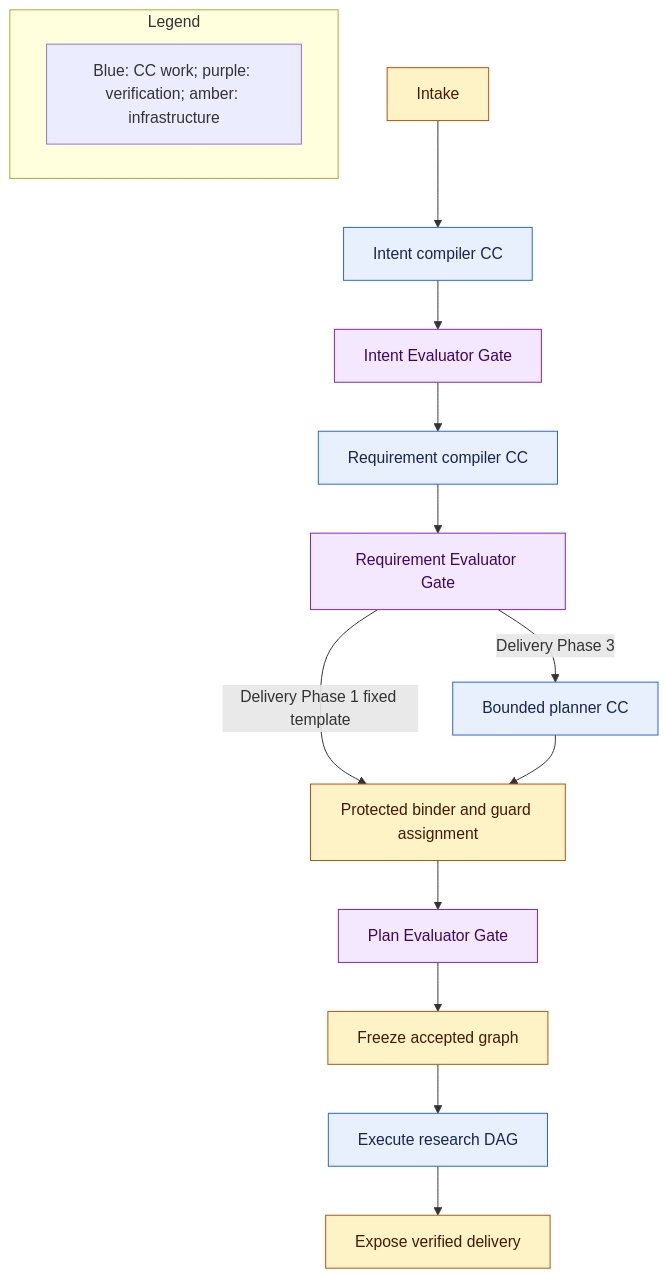
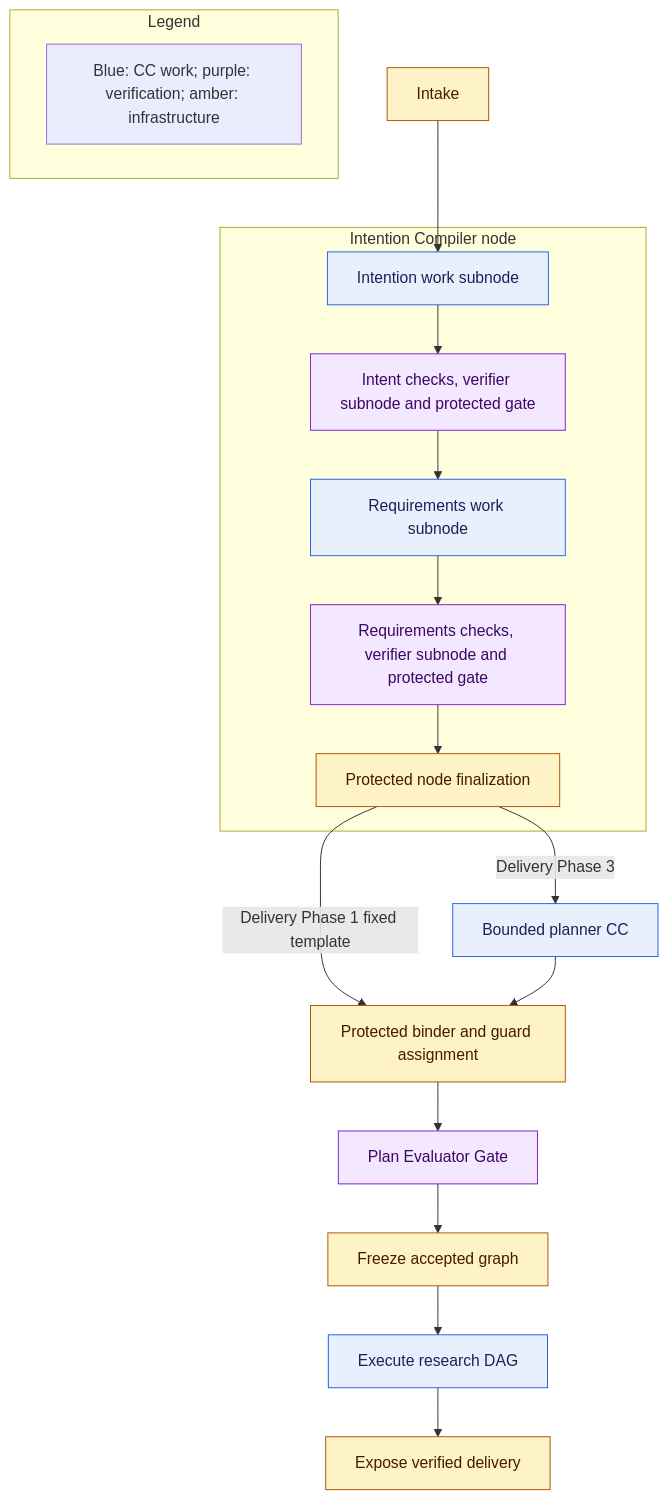
Before and after one commit to Stellven/jiuwenswarm: the first of 2 diagrams in docs/architecture/design-package/workflow.md, drawn with Mermaid. The commit also changed other lines of this file and 285 other files, not shown here.

Commit message:
docs: complete Intention Compiler design in full and compact packages

````diff
--- a/docs/architecture/design-package/workflow.md
+++ b/docs/architecture/design-package/workflow.md
@@ -11,23 +11,27 @@
 ```mermaid
 flowchart TB
-    Intake[Intake] --> Intent[Intent compiler CC]
-    Intent --> IV[Intent Evaluator Gate]
-    IV --> Req[Requirement compiler CC]
-    Req --> RV[Requirement Evaluator Gate]
-    RV -->|Delivery Phase 1 fixed template| Bind[Protected binder and guard assignment]
-    RV -->|Delivery Phase 3| Plan[Bounded planner CC]
+    Intake[Intake] --> Intent
+    subgraph Compiler[Intention Compiler node]
+        Intent[Intention work subnode]
+    Intent --> IV[Intent checks, verifier subnode and protected gate]
+    IV --> Req[Requirements work subnode]
+    Req --> RV[Requirements checks, verifier subnode and protected gate]
+    RV --> NG[Protected node finalization]
+    end
+    NG -->|Delivery Phase 1 fixed template| Bind[Protected binder and guard assignment]
+    NG -->|Delivery Phase 3| Plan[Bounded planner CC]
     Plan --> Bind
     Bind --> PV[Plan Evaluator Gate]
     PV --> Freeze[Freeze accepted graph]
     Freeze --> Run[Execute research DAG]
     Run --> Out[Expose verified delivery]
     subgraph Legend[Legend]
         Key[Blue: CC work; purple: verification; amber: infrastructure]
     end
     classDef work fill:#E8F0FE,stroke:#2563EB,color:#172554
     classDef verify fill:#F3E8FF,stroke:#7E22CE,color:#3B0764
     classDef control fill:#FEF3C7,stroke:#B45309,color:#451A03
     class Intent,Req,Plan,Run work
     class IV,RV,PV verify
-    class Intake,Bind,Freeze,Out control
+    class Intake,Bind,Freeze,Out,NG control
 ```
````
